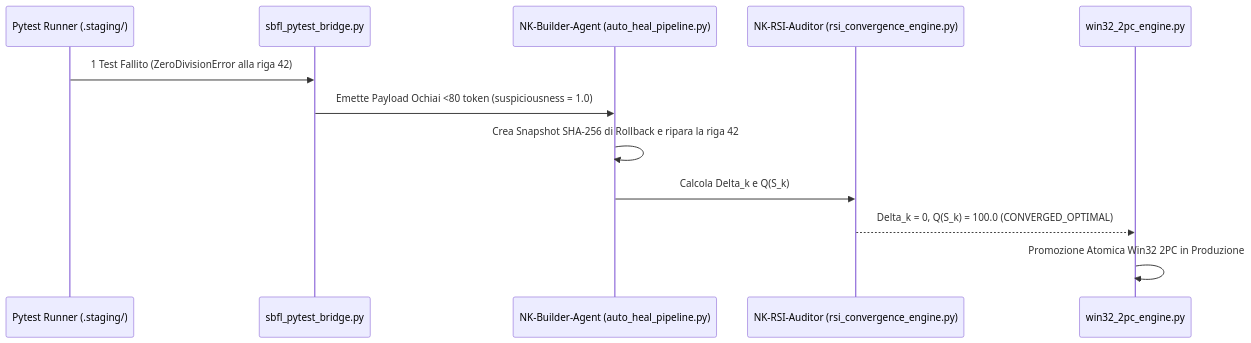
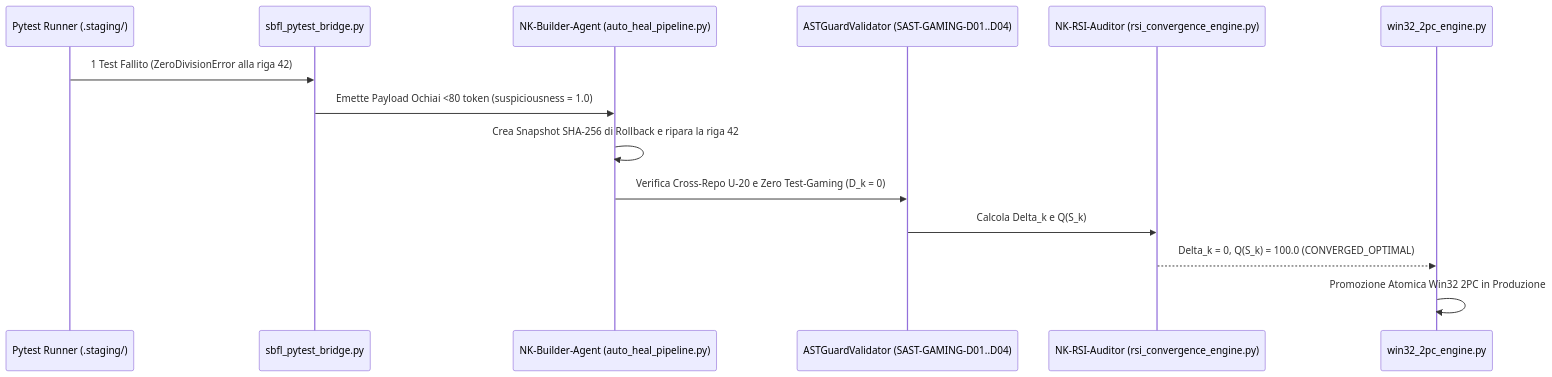
Before and after one commit to erbaldo86/NK-Hub: the second of 2 diagrams in README.it.md, drawn with Mermaid. The commit also changed other lines of this file and 46 other files, not shown here.

````diff
--- a/README.it.md
+++ b/README.it.md
@@ -199,14 +227,16 @@
 ```mermaid
 sequenceDiagram
     participant Test as Pytest Runner (.staging/)
     participant Bridge as sbfl_pytest_bridge.py
     participant Builder as NK-Builder-Agent (auto_heal_pipeline.py)
+    participant Guard as ASTGuardValidator (SAST-GAMING-D01..D04)
     participant RSI as NK-RSI-Auditor (rsi_convergence_engine.py)
     participant Commit as win32_2pc_engine.py
     Test->>Bridge: 1 Test Fallito (ZeroDivisionError alla riga 42)
     Bridge->>Builder: Emette Payload Ochiai <80 token (suspiciousness = 1.0)
     Builder->>Builder: Crea Snapshot SHA-256 di Rollback e ripara la riga 42
-    Builder->>RSI: Calcola Delta_k e Q(S_k)
+    Builder->>Guard: Verifica Cross-Repo U-20 e Zero Test-Gaming (D_k = 0)
+    Guard->>RSI: Calcola Delta_k e Q(S_k)
     RSI-->>Commit: Delta_k = 0, Q(S_k) = 100.0 (CONVERGED_OPTIMAL)
     Commit->>Commit: Promozione Atomica Win32 2PC in Produzione
 ```
````
